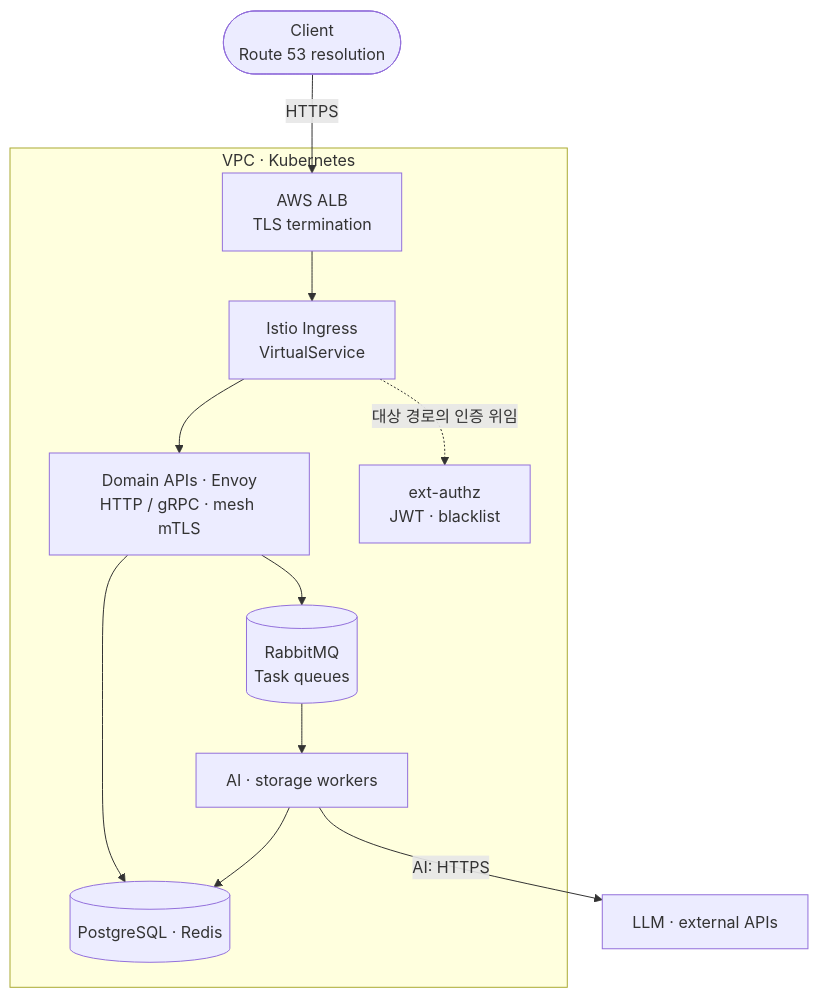
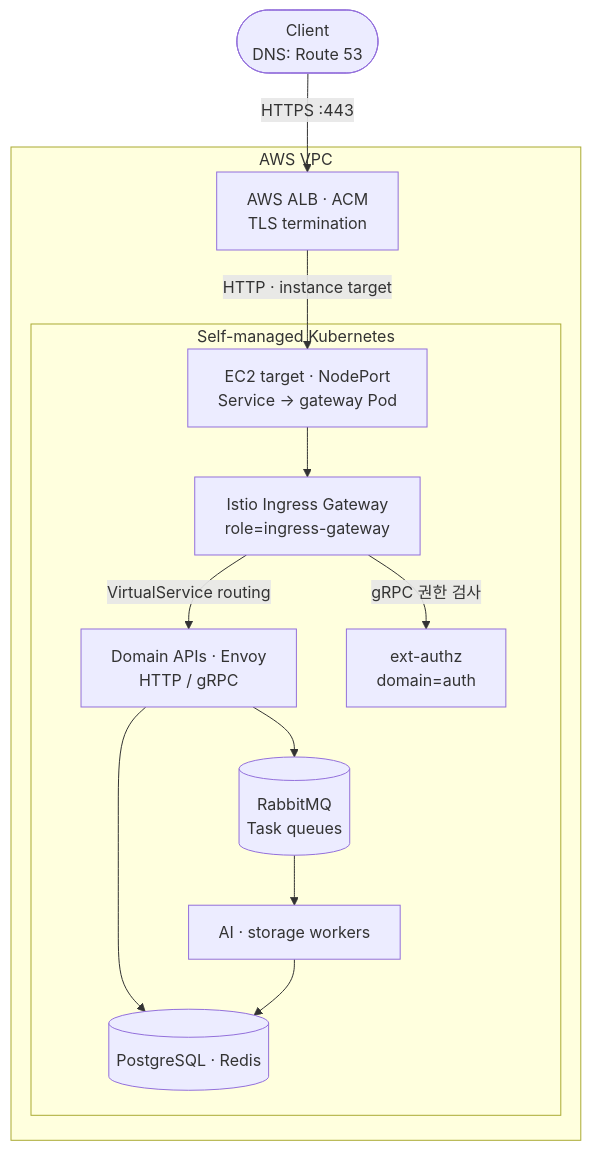
One commit to mangowhoiscloud/mangowhoiscloud changed the sixth of 12 diagrams in README.md. Above: the diagram before and after it, drawn with Mermaid. The commit also changed other lines of this file and 2 other files, not shown here.

Commit message:
docs: clarify Eco2 Kubernetes layer and placement boundaries

````diff
--- a/README.md
+++ b/README.md
@@ -205,16 +248,21 @@
 ```mermaid
 flowchart TB
     accTitle: Eco² 요청 경로와 서비스 네트워크
-    accDescr: 사용자의 요청은 Route 53과 ALB, Istio Ingress를 거쳐 도메인 API로 전달된다. 인증 위임, RabbitMQ를 통한 worker 작업, 데이터 접근, 외부 API 호출을 분리한다. 그림은 논리 통신 경로이며 모든 노드가 private subnet에 있다는 뜻은 아니다.
-    Client(["Client<br/>Route 53 resolution"]) -->|HTTPS| Edge["AWS ALB<br/>TLS termination"]
-    subgraph VPC["VPC · Kubernetes"]
-        Edge --> Ingress["Istio Ingress<br/>VirtualService"]
-        Ingress --> APIs["Domain APIs · Envoy<br/>HTTP / gRPC · mesh mTLS"]
-        Ingress -.->|대상 경로의 인증 위임| Auth["ext-authz<br/>JWT · blacklist"]
-        APIs --> MQ[("RabbitMQ<br/>Task queues")]
-        MQ --> Workers["AI · storage workers"]
-        APIs --> Data[("PostgreSQL · Redis")]
-        Workers --> Data
+    accDescr: Route 53 DNS 조회 뒤 사용자는 ALB에 HTTPS로 연결한다. Kubernetes 밖의 ALB는 instance target의 NodePort를 통해 전용 노드의 Ingress Gateway Pod로 전달한다. Gateway가 auth 노드의 ext-authz에 권한 검사를 위임하고 API로 라우팅한다. 비동기 작업과 데이터 접근도 별도 경로다.
+    Client(["Client<br/>DNS: Route 53"]) -->|HTTPS :443| Edge
+    subgraph VPC["AWS VPC"]
+        Edge["AWS ALB · ACM<br/>TLS termination"]
+        subgraph Cluster["Self-managed Kubernetes"]
+            NodePort["EC2 target · NodePort<br/>Service → gateway Pod"]
+            Ingress["Istio Ingress Gateway<br/>role=ingress-gateway"]
+            NodePort --> Ingress
+            Ingress -->|VirtualService routing| APIs["Domain APIs · Envoy<br/>HTTP / gRPC"]
+            Ingress -->|gRPC 권한 검사| Auth["ext-authz<br/>domain=auth"]
+            APIs --> MQ[("RabbitMQ<br/>Task queues")]
+            MQ --> Workers["AI · storage workers"]
+            APIs --> Data[("PostgreSQL · Redis")]
+            Workers --> Data
+        end
+        Edge -->|HTTP · instance target| NodePort
     end
-    Workers -->|AI: HTTPS| External["LLM · external APIs"]
 ```
````
